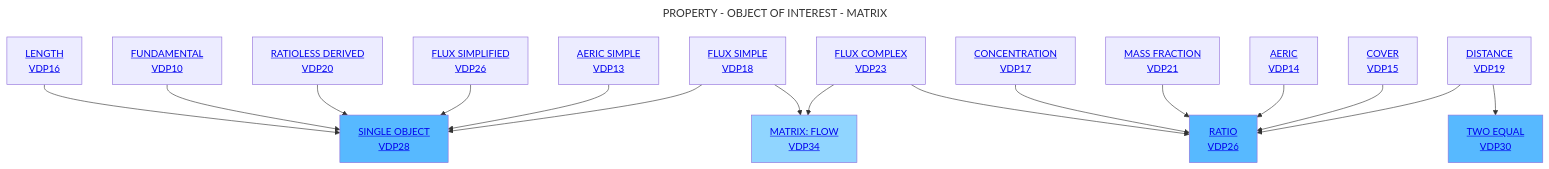
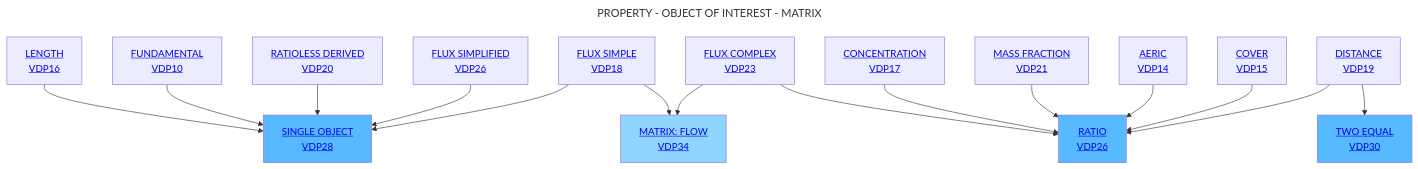
Before and after one commit to mabablue/I-ADOPT-patterns-playground: the diagram in Decisition_trees/DT6.mmd, drawn with Mermaid.

```diff
--- a/Decisition_trees/DT6.mmd
+++ b/Decisition_trees/DT6.mmd
@@ -1,22 +1,21 @@
 ---
 title: PROPERTY - OBJECT OF INTEREST - MATRIX
 ---
 flowchart TD
     A[<a href='https://github.com/mabablue/I-ADOPT-patterns-playground/blob/main/pattern/VDP16.yaml'>LENGTH <br> VDP16</a>] --> C[<a href='https://github.com/mabablue/I-ADOPT-patterns-playground/blob/main/pattern/VDP28.yaml'>SINGLE OBJECT <br> VDP28</a>]:::satblue
     B[<a href='https://github.com/mabablue/I-ADOPT-patterns-playground/blob/main/pattern/VDP10.yaml'>FUNDAMENTAL <br> VDP10</a>]  --> C
     D[<a href='https://github.com/mabablue/I-ADOPT-patterns-playground/blob/main/pattern/VDP20.yaml'>RATIOLESS DERIVED <br> VDP20</a>] --> C
     E[<a href='https://github.com/mabablue/I-ADOPT-patterns-playground/blob/main/pattern/VDP20.yaml'>FLUX SIMPLIFIED <br> VDP26</a>] --> C
-    H[<a href='https://github.com/mabablue/I-ADOPT-patterns-playground/blob/main/pattern/VDP13.yaml'>AERIC SIMPLE <br> VDP13</a>] --> C
     I[<a href='https://github.com/mabablue/I-ADOPT-patterns-playground/blob/main/pattern/VDP23.yaml'>FLUX COMPLEX <br> VDP23</a>] --> F  
     M[<a href='https://github.com/mabablue/I-ADOPT-patterns-playground/blob/main/pattern/VDP17.yaml'>CONCENTRATION <br> VDP17</a>] --> F
     L[<a href='https://github.com/mabablue/I-ADOPT-patterns-playground/blob/main/pattern/VDP21.yaml'>MASS FRACTION <br> VDP21</a>] --> F[<a href='https://github.com/mabablue/I-ADOPT-patterns-playground/blob/main/pattern/VDP26.yaml'>RATIO <br> VDP26</a>]:::satblue
     Q[<a href='https://github.com/mabablue/I-ADOPT-patterns-playground/blob/main/pattern/VDP18.yaml'>FLUX SIMPLE <br> VDP18</a>] --> C
     O[<a href='https://github.com/mabablue/I-ADOPT-patterns-playground/blob/main/pattern/VDP14.yaml'>AERIC <br> VDP14</a>] --> F
     P[<a href='https://github.com/mabablue/I-ADOPT-patterns-playground/blob/main/pattern/VDP15.yaml'>COVER <br> VDP15</a>] --> F
     Q --> K[<a href='https://github.com/mabablue/I-ADOPT-patterns-playground/blob/main/pattern/VDP34.yaml'>MATRIX: FLOW <br> VDP34</a>]:::blue
     G[<a href='https://github.com/mabablue/I-ADOPT-patterns-playground/blob/main/pattern/VDP23.yaml'>DISTANCE <br> VDP19</a>] --> F 
     G --> R[<a href='https://github.com/mabablue/I-ADOPT-patterns-playground/blob/main/pattern/VDP30.yaml'>TWO EQUAL <br> VDP30</a>]:::satblue
     I --> K
 
    classDef blue fill:#90D5FF
    classDef satblue fill:#57B9FF
```
